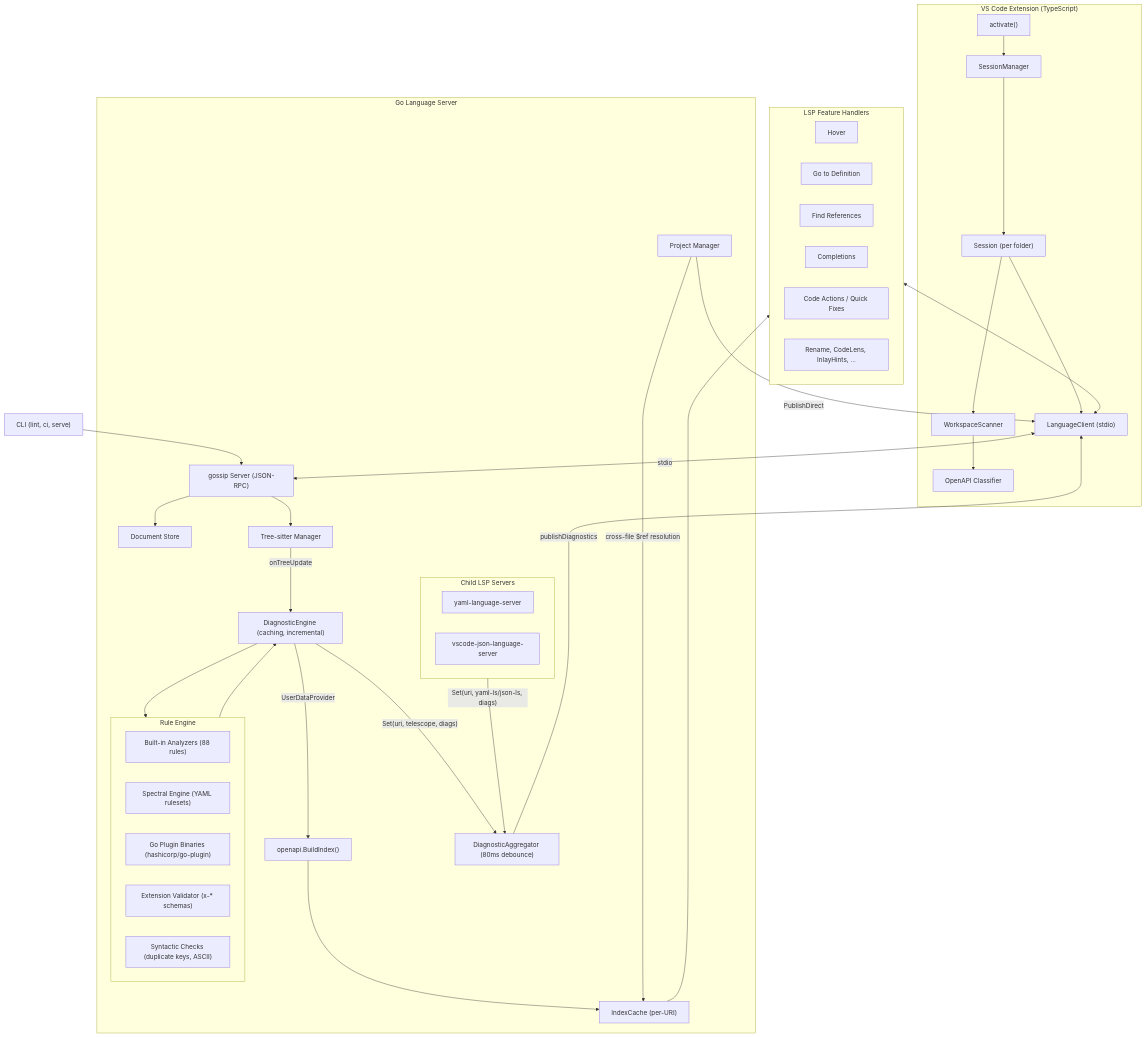
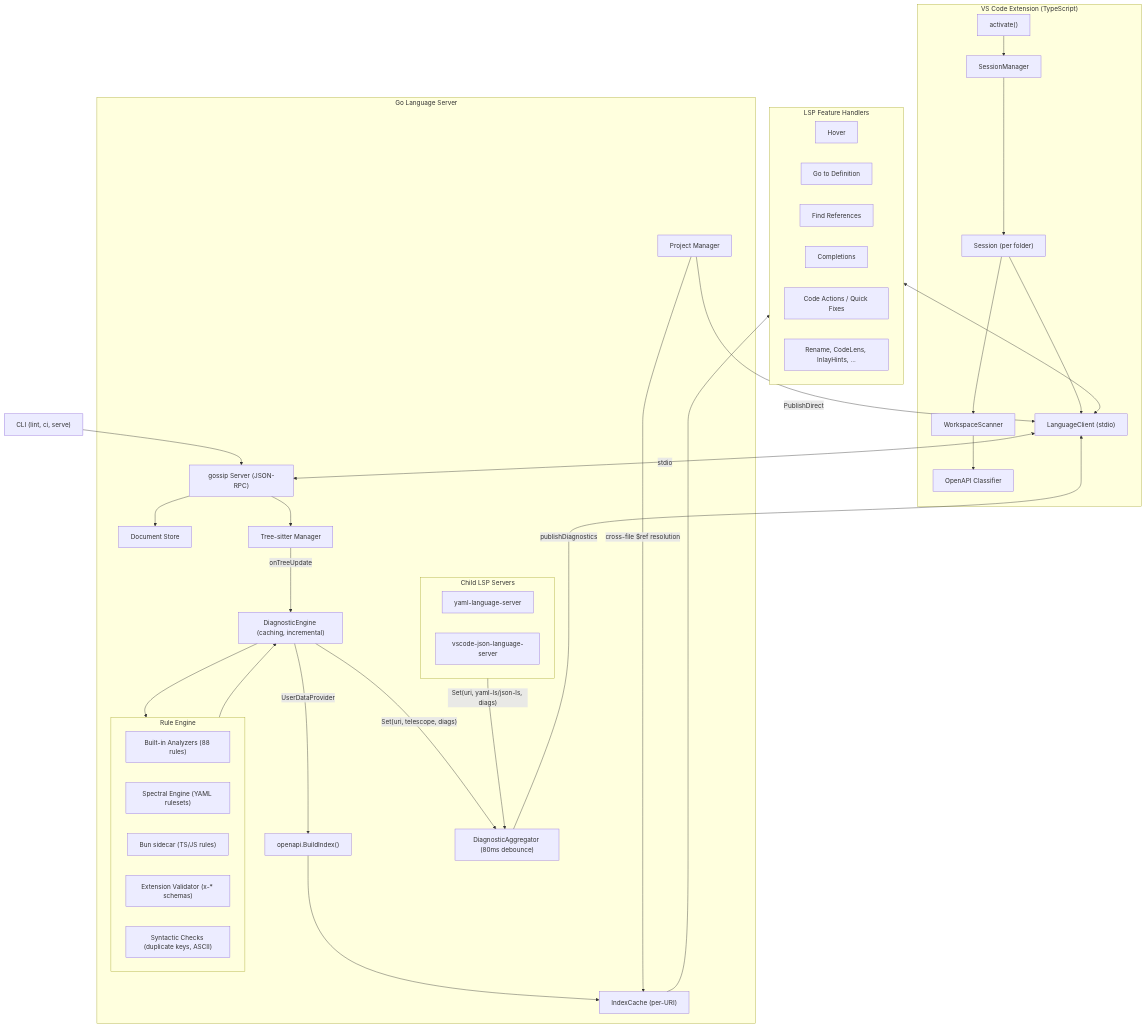
The diagram in README.md (sailpoint-oss/telescope), drawn with Mermaid before and after one commit. The commit also changed other lines of this file and 33 other files, not shown here.

First line of the commit message:
refactor: update architecture and documentation for custom rules

````diff
--- a/README.md
+++ b/README.md
@@ -121,73 +121,73 @@
 ```mermaid
 flowchart TB
     subgraph client ["VS Code Extension (TypeScript)"]
         Activate["activate()"]
         SM["SessionManager"]
         Session["Session (per folder)"]
         Scanner["WorkspaceScanner"]
         Classifier["OpenAPI Classifier"]
         LC["LanguageClient (stdio)"]
     end
 
     subgraph server ["Go Language Server"]
         Gossip["gossip Server (JSON-RPC)"]
         DocStore["Document Store"]
         TSParser["Tree-sitter Manager"]
         IndexBuild["openapi.BuildIndex()"]
         IndexCache["IndexCache (per-URI)"]
 
         subgraph rules ["Rule Engine"]
             Analyzers["Built-in Analyzers (88 rules)"]
             Spectral["Spectral Engine (YAML rulesets)"]
-            Plugins["Go Plugin Binaries (hashicorp/go-plugin)"]
+            BunRules["Bun sidecar (TS/JS rules)"]
             ExtVal["Extension Validator (x-* schemas)"]
             Checks["Syntactic Checks (duplicate keys, ASCII)"]
         end
 
         DiagEngine["DiagnosticEngine (caching, incremental)"]
         ProjMgr["Project Manager"]
 
         subgraph childLSP ["Child LSP Servers"]
             YamlLS["yaml-language-server"]
             JsonLS["vscode-json-language-server"]
         end
 
         Aggregator["DiagnosticAggregator (80ms debounce)"]
     end
 
     subgraph features ["LSP Feature Handlers"]
         Hover["Hover"]
         Definition["Go to Definition"]
         References["Find References"]
         Completion["Completions"]
         CodeAction["Code Actions / Quick Fixes"]
         More["Rename, CodeLens, InlayHints, ..."]
     end
 
     CLI["CLI (lint, ci, serve)"]
 
     Activate --> SM --> Session
     Session --> Scanner --> Classifier
     Session --> LC
 
     LC <-->|"stdio"| Gossip
     CLI --> Gossip
 
     Gossip --> DocStore
     Gossip --> TSParser
     TSParser -->|"onTreeUpdate"| DiagEngine
     DiagEngine -->|"UserDataProvider"| IndexBuild
     IndexBuild --> IndexCache
     DiagEngine --> rules
     rules --> DiagEngine
 
     DiagEngine -->|"Set(uri, telescope, diags)"| Aggregator
     childLSP -->|"Set(uri, yaml-ls/json-ls, diags)"| Aggregator
     Aggregator -->|"publishDiagnostics"| LC
 
     ProjMgr -->|"cross-file $ref resolution"| IndexCache
     ProjMgr -->|"PublishDirect"| LC
 
     IndexCache --> features
     features <--> LC
 ```
````
